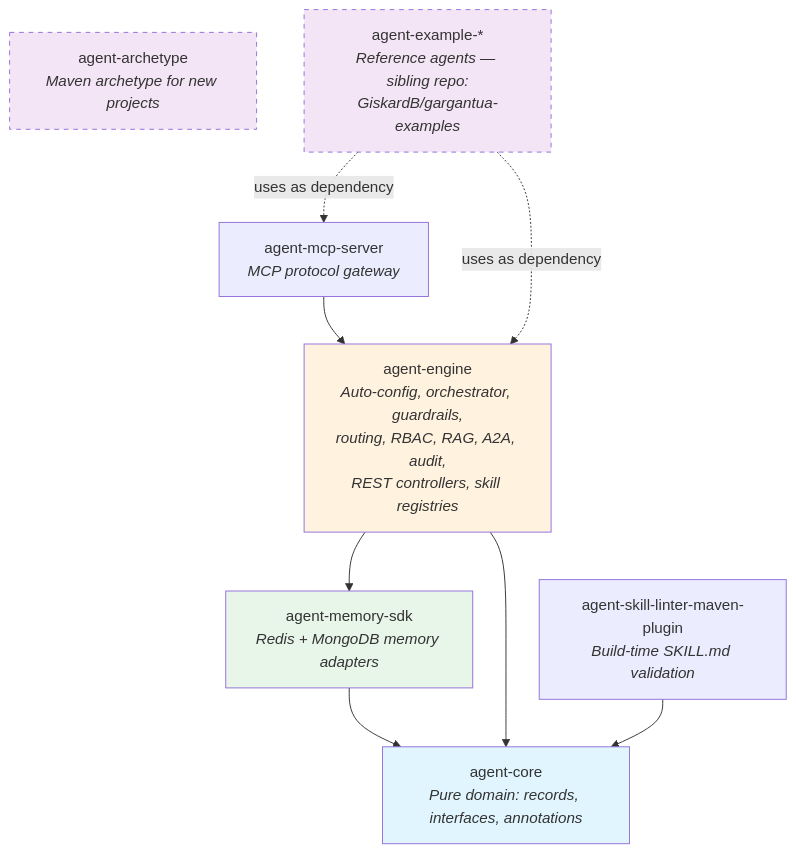
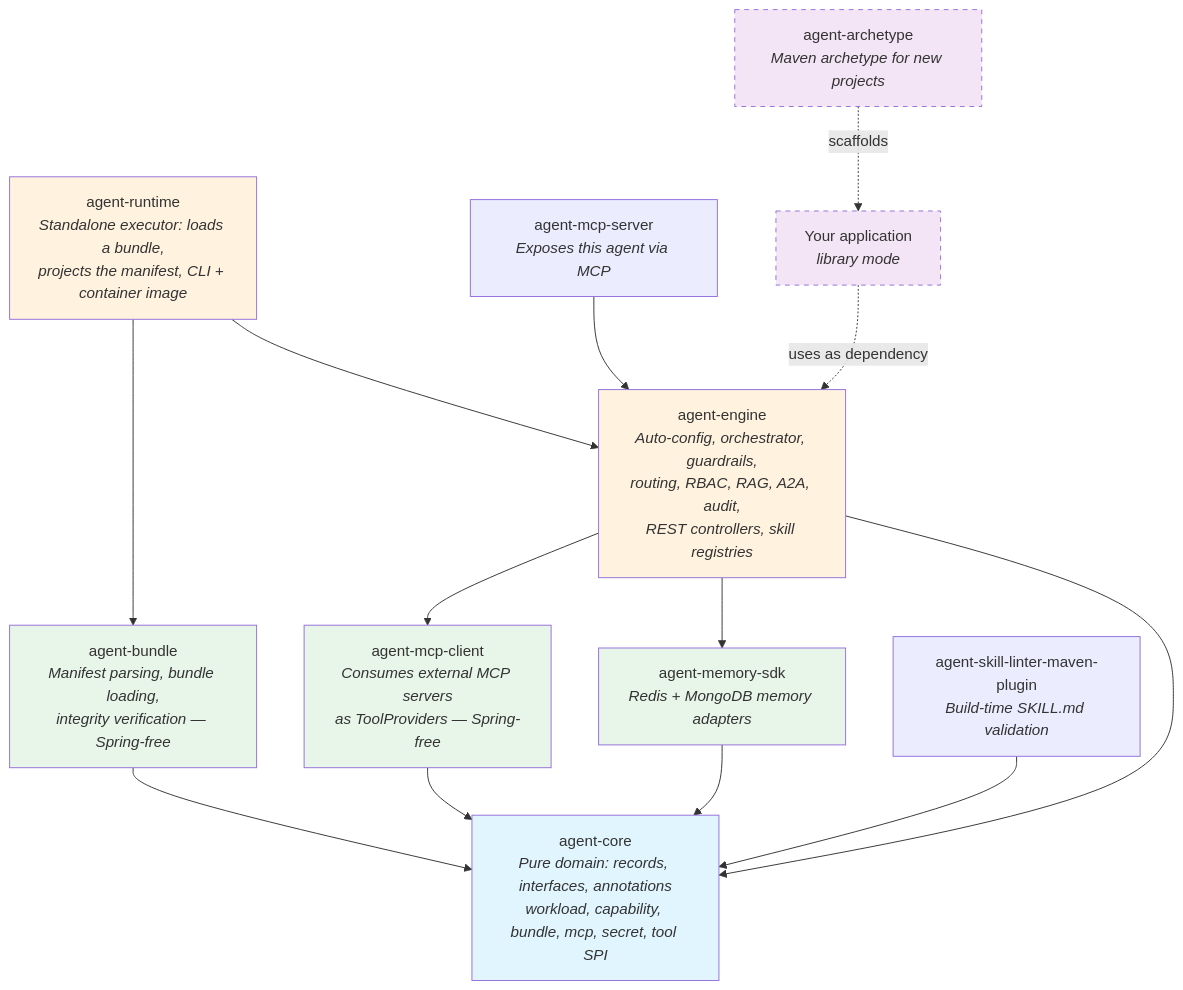
Before and after one commit to GiskardB/gargantua-site: the seventh of 8 diagrams in docs/architecture-diagrams.md, drawn with Mermaid. The commit also changed other lines of this file and 19 other files, not shown here.

First line of the commit message:
Align the showcase with Runtime mode, v1.4.0, and PACT

````diff
--- a/docs/architecture-diagrams.md
+++ b/docs/architecture-diagrams.md
@@ -277,31 +283,45 @@
 ```mermaid
 graph TD
-    CORE[agent-core<br/><i>Pure domain: records, interfaces, annotations</i>]
+    CORE[agent-core<br/><i>Pure domain: records, interfaces, annotations<br/>workload, capability, bundle, mcp, secret, tool SPI</i>]
 
     MEMORY[agent-memory-sdk<br/><i>Redis + MongoDB memory adapters</i>]
 
+    MCPCLIENT[agent-mcp-client<br/><i>Consumes external MCP servers<br/>as ToolProviders — Spring-free</i>]
+
+    BUNDLE[agent-bundle<br/><i>Manifest parsing, bundle loading,<br/>integrity verification — Spring-free</i>]
+
     ENGINE[agent-engine<br/><i>Auto-config, orchestrator, guardrails,<br/>routing, RBAC, RAG, A2A, audit,<br/>REST controllers, skill registries</i>]
 
-    MCP[agent-mcp-server<br/><i>MCP protocol gateway</i>]
+    RUNTIME[agent-runtime<br/><i>Standalone executor: loads a bundle,<br/>projects the manifest, CLI + container image</i>]
+
+    MCP[agent-mcp-server<br/><i>Exposes this agent via MCP</i>]
 
     LINTER[agent-skill-linter-maven-plugin<br/><i>Build-time SKILL.md validation</i>]
 
     ARCHETYPE[agent-archetype<br/><i>Maven archetype for new projects</i>]
 
-    EXAMPLES[agent-example-*<br/><i>Reference agents — sibling repo:<br/>GiskardB/gargantua-examples</i>]
+    APP[Your application<br/><i>library mode</i>]
 
     MEMORY --> CORE
+    MCPCLIENT --> CORE
+    BUNDLE --> CORE
     ENGINE --> CORE
     ENGINE --> MEMORY
+    ENGINE --> MCPCLIENT
+    RUNTIME --> ENGINE
+    RUNTIME --> BUNDLE
     MCP --> ENGINE
     LINTER --> CORE
 
-    EXAMPLES -.->|uses as dependency| ENGINE
-    EXAMPLES -.->|uses as dependency| MCP
+    APP -.->|uses as dependency| ENGINE
+    ARCHETYPE -.->|scaffolds| APP
 
     style CORE fill:#e1f5fe
     style MEMORY fill:#e8f5e9
+    style MCPCLIENT fill:#e8f5e9
+    style BUNDLE fill:#e8f5e9
     style ENGINE fill:#fff3e0
-    style EXAMPLES fill:#f3e5f5,stroke-dasharray: 5 5
+    style RUNTIME fill:#fff3e0
+    style APP fill:#f3e5f5,stroke-dasharray: 5 5
     style ARCHETYPE fill:#f3e5f5,stroke-dasharray: 5 5
 ```
````
